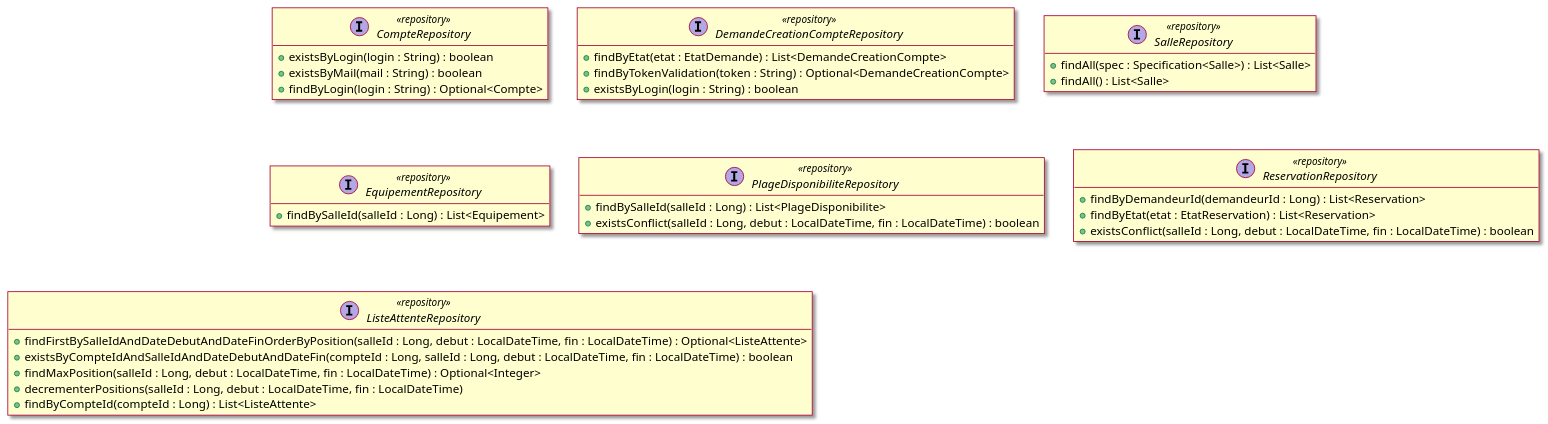
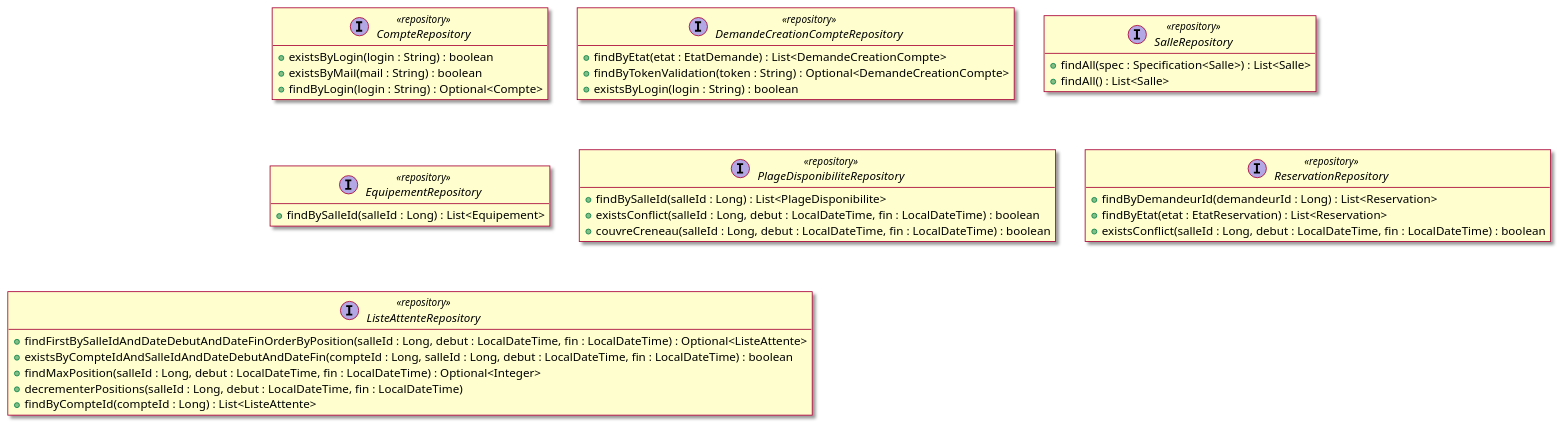
Before and after one commit to mrajaonson/glg204-room-management-system: diagram 36 of 38 in docs/03-Conception.md, drawn with PlantUML. The commit also changed other lines of this file and 4 other files, not shown here.

````diff
--- a/docs/03-Conception.md
+++ b/docs/03-Conception.md
@@ -1622,47 +1733,48 @@
 ```plantuml
 @startuml
 skin rose
 hide empty members
 
 interface CompteRepository <<repository>> {
   + existsByLogin(login : String) : boolean
   + existsByMail(mail : String) : boolean
   + findByLogin(login : String) : Optional<Compte>
 }
 
 interface DemandeCreationCompteRepository <<repository>> {
   + findByEtat(etat : EtatDemande) : List<DemandeCreationCompte>
   + findByTokenValidation(token : String) : Optional<DemandeCreationCompte>
   + existsByLogin(login : String) : boolean
 }
 
 interface SalleRepository <<repository>> {
   + findAll(spec : Specification<Salle>) : List<Salle>
   + findAll() : List<Salle>
 }
 
 interface EquipementRepository <<repository>> {
   + findBySalleId(salleId : Long) : List<Equipement>
 }
 
 interface PlageDisponibiliteRepository <<repository>> {
   + findBySalleId(salleId : Long) : List<PlageDisponibilite>
   + existsConflict(salleId : Long, debut : LocalDateTime, fin : LocalDateTime) : boolean
+  + couvreCreneau(salleId : Long, debut : LocalDateTime, fin : LocalDateTime) : boolean
 }
 
 interface ReservationRepository <<repository>> {
   + findByDemandeurId(demandeurId : Long) : List<Reservation>
   + findByEtat(etat : EtatReservation) : List<Reservation>
   + existsConflict(salleId : Long, debut : LocalDateTime, fin : LocalDateTime) : boolean
 }
 
 interface ListeAttenteRepository <<repository>> {
   + findFirstBySalleIdAndDateDebutAndDateFinOrderByPosition(salleId : Long, debut : LocalDateTime, fin : LocalDateTime) : Optional<ListeAttente>
   + existsByCompteIdAndSalleIdAndDateDebutAndDateFin(compteId : Long, salleId : Long, debut : LocalDateTime, fin : LocalDateTime) : boolean
   + findMaxPosition(salleId : Long, debut : LocalDateTime, fin : LocalDateTime) : Optional<Integer>
   + decrementerPositions(salleId : Long, debut : LocalDateTime, fin : LocalDateTime)
   + findByCompteId(compteId : Long) : List<ListeAttente>
 }
 
 @enduml
 ```
````
